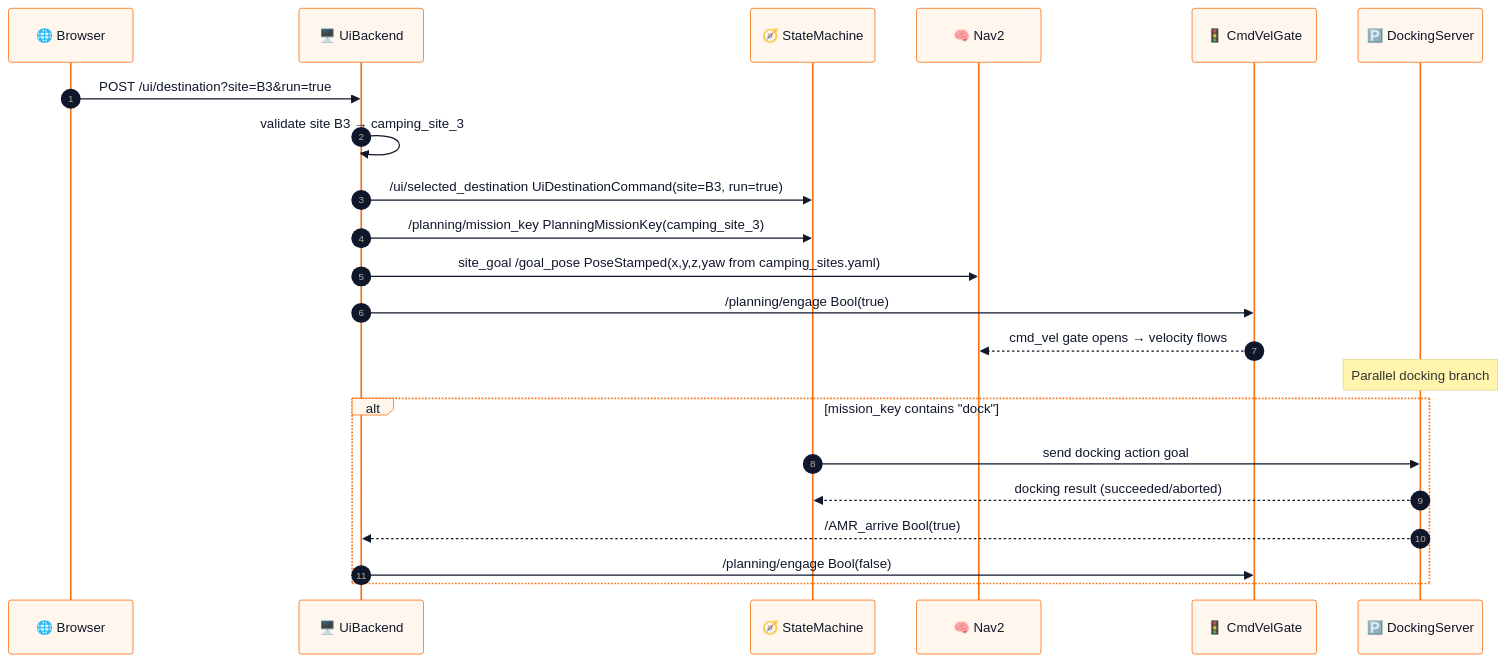
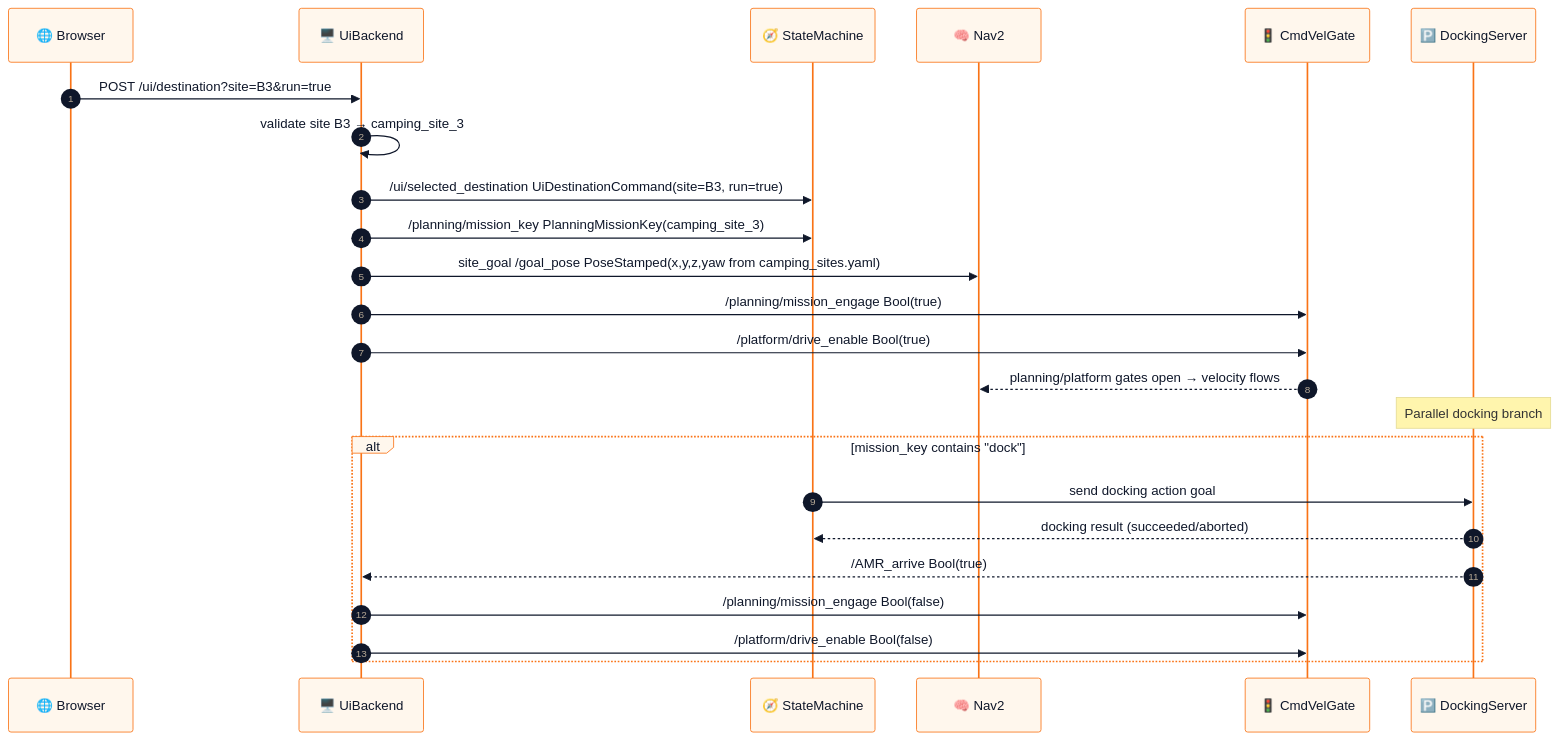
One commit to hwanhonglee/CAMROD changed the third of 5 diagrams in camrod_ui/README.md. Above: the diagram before and after it, drawn with Mermaid. The commit also changed other lines of this file and 8 other files, not shown here.

````diff
--- a/camrod_ui/README.md
+++ b/camrod_ui/README.md
@@ -123,27 +127,29 @@
 ```mermaid
 %%{init: {'theme': 'base', 'themeVariables': {'fontFamily': 'ui-sans-serif, system-ui, sans-serif', 'fontSize': '14px', 'primaryColor': '#FFF7ED', 'primaryTextColor': '#0F172A', 'primaryBorderColor': '#F97316', 'lineColor': '#475569'}}}%%
 sequenceDiagram
   autonumber
   participant Browser as 🌐 Browser
   participant Backend as 🖥️ UiBackend
   participant SM as 🧭 StateMachine
   participant Nav2 as 🧠 Nav2
   participant Gate as 🚦 CmdVelGate
   participant Dock as 🅿️ DockingServer
 
   Browser->>Backend: POST /ui/destination?site=B3&run=true
   Backend->>Backend: validate site B3 → camping_site_3
   Backend->>SM: /ui/selected_destination UiDestinationCommand(site=B3, run=true)
   Backend->>SM: /planning/mission_key PlanningMissionKey(camping_site_3)
   Backend->>Nav2: site_goal /goal_pose PoseStamped(x,y,z,yaw from camping_sites.yaml)
-  Backend->>Gate: /planning/engage Bool(true)
-  Gate-->>Nav2: cmd_vel gate opens → velocity flows
+  Backend->>Gate: /planning/mission_engage Bool(true)
+  Backend->>Gate: /platform/drive_enable Bool(true)
+  Gate-->>Nav2: planning/platform gates open → velocity flows
 
   Note over Dock: Parallel docking branch
   alt mission_key contains "dock"
     SM->>Dock: send docking action goal
     Dock-->>SM: docking result (succeeded/aborted)
     Dock-->>Backend: /AMR_arrive Bool(true)
-    Backend->>Gate: /planning/engage Bool(false)
+    Backend->>Gate: /planning/mission_engage Bool(false)
+    Backend->>Gate: /platform/drive_enable Bool(false)
   end
 ```
````
